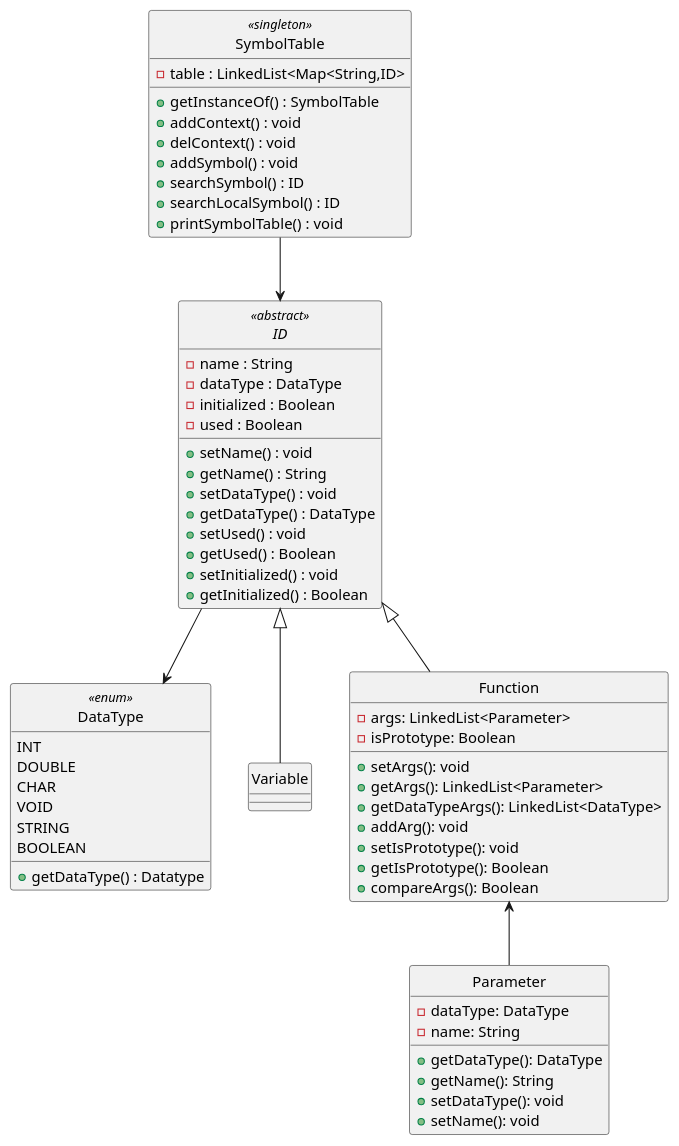
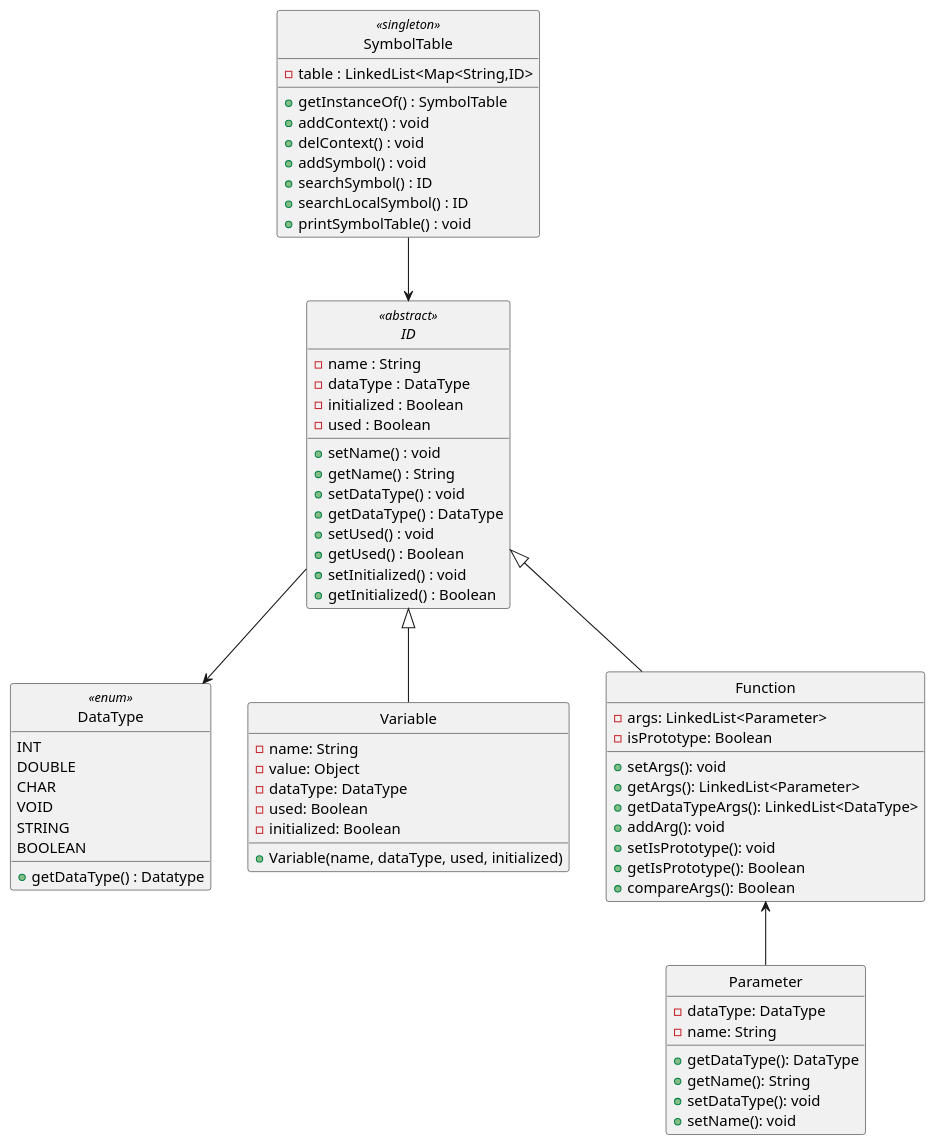
Before and after one commit to manugcr/Compiladores: the diagram in proyectobase/UML/symbolTable.puml, drawn with PlantUML. The commit also changed 4 other files, not shown here.

```diff
--- a/proyectobase/UML/symbolTable.puml
+++ b/proyectobase/UML/symbolTable.puml
@@ -1,70 +1,78 @@
 @startuml SymbolTable
 
 hide circle
 
 class SymbolTable <<singleton>> {
     - table : LinkedList<Map<String,ID>  
     + getInstanceOf() : SymbolTable
     + addContext() : void
     + delContext() : void
     + addSymbol() : void
     + searchSymbol() : ID
     + searchLocalSymbol() : ID
     + printSymbolTable() : void
 }
 
 enum DataType <<enum>> {
     INT
     DOUBLE
     CHAR
     VOID 
     STRING
     BOOLEAN
     + getDataType() : Datatype
 }
 
 abstract class ID <<abstract>> {
     - name : String
     - dataType : DataType
     - initialized : Boolean
     - used : Boolean
     + setName() : void
     + getName() : String
     + setDataType() : void
     + getDataType() : DataType
     + setUsed() : void
     + getUsed() : Boolean
     + setInitialized() : void
     + getInitialized() : Boolean
 }
 
-class Variable {}
+class Variable {
+    - name: String
+    - value: Object
+    - dataType: DataType
+    - used: Boolean
+    - initialized: Boolean
+
+    + Variable(name, dataType, used, initialized)
+}
 
 class Function {
     - args: LinkedList<Parameter>
     - isPrototype: Boolean
     + setArgs(): void
     + getArgs(): LinkedList<Parameter>
     + getDataTypeArgs(): LinkedList<DataType>
     + addArg(): void
     + setIsPrototype(): void
     + getIsPrototype(): Boolean
     + compareArgs(): Boolean
 }
 
 class Parameter {
     - dataType: DataType
     - name: String
     + getDataType(): DataType
     + getName(): String
     + setDataType(): void
     + setName(): void
 }
 
 SymbolTable --> ID
 ID <|-- Variable
 ID <|-- Function
 ID --> DataType
 Function <-- Parameter
 
 @enduml
```
